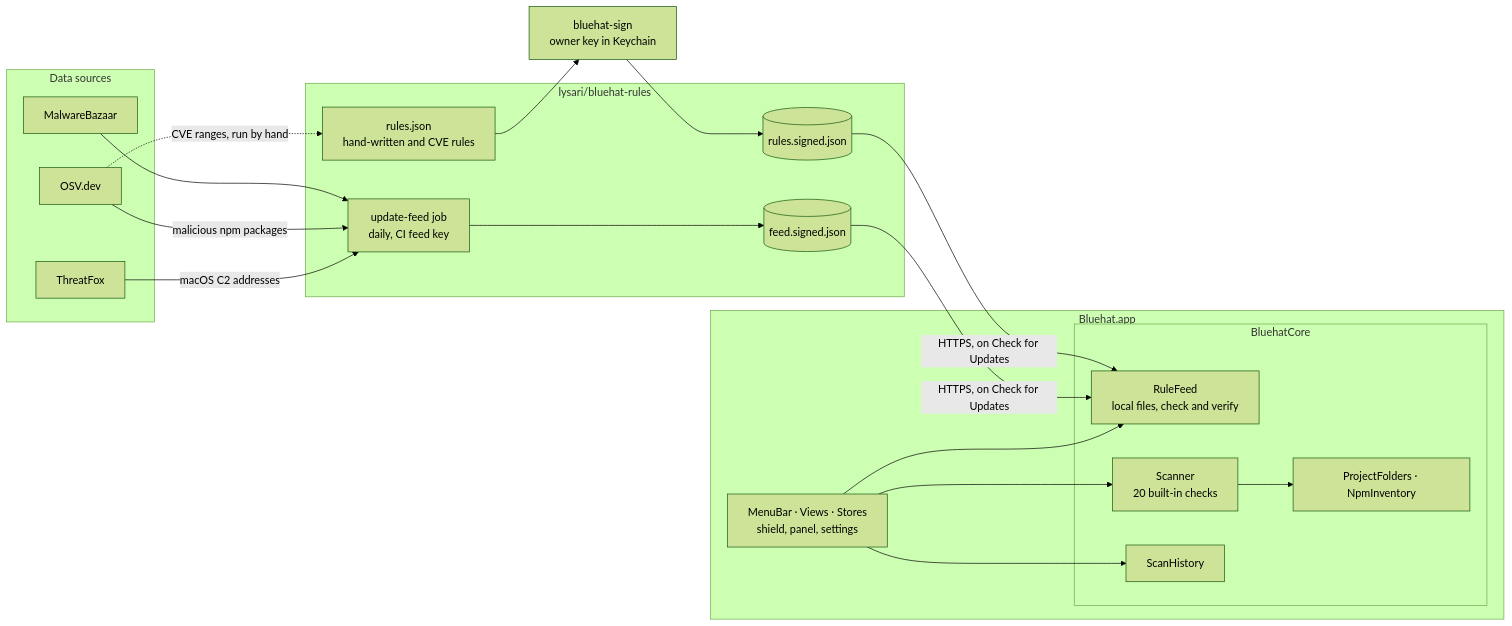
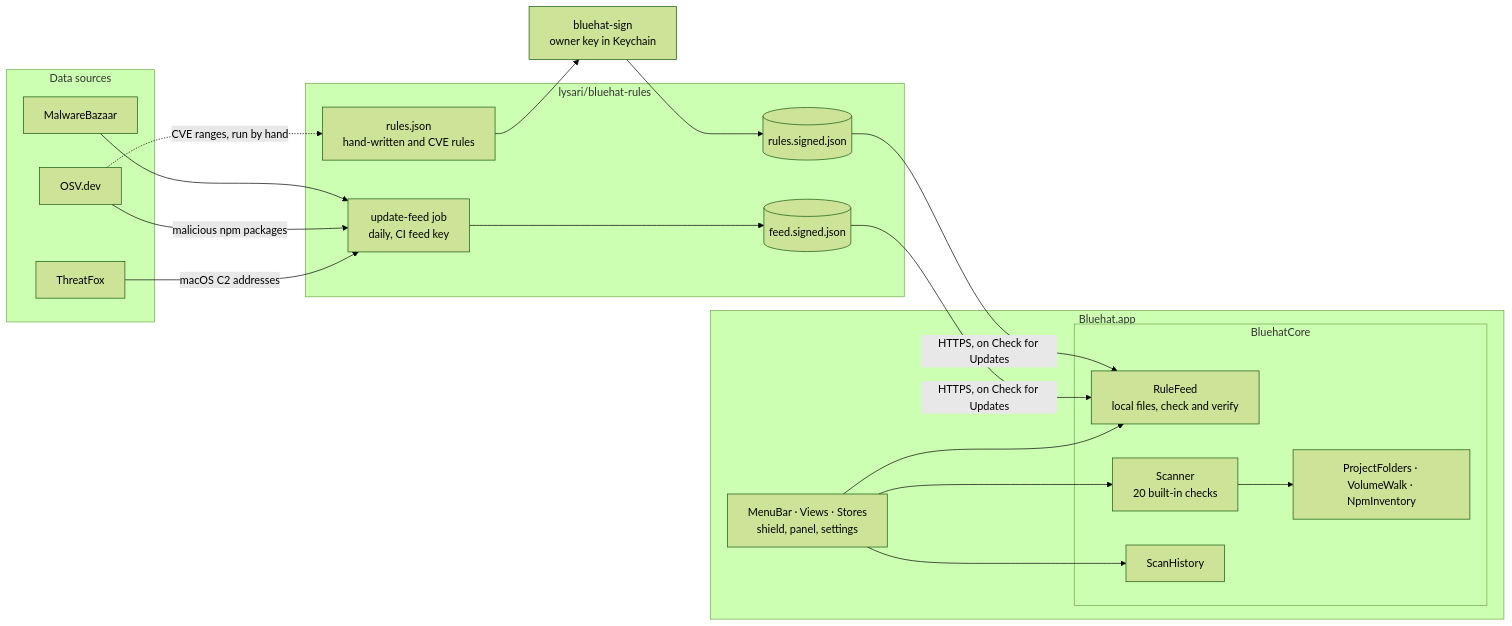
One commit to lysari/bluehat changed the diagram in README.md. Above: the diagram before and after it, drawn with Mermaid (forest theme). The commit also changed other lines of this file and 100 other files, not shown here.

````diff
--- a/README.md
+++ b/README.md
@@ -249,36 +287,36 @@
 ```mermaid
 flowchart LR
     subgraph Sources["Data sources"]
         MB["MalwareBazaar"]
         OSV["OSV.dev"]
         TF["ThreatFox"]
     end
     subgraph RulesRepo["lysari/bluehat-rules"]
         RJ["rules.json<br/>hand-written and CVE rules"]
         CI["update-feed job<br/>daily, CI feed key"]
         RS[("rules.signed.json")]
         FS[("feed.signed.json")]
     end
     Sign["bluehat-sign<br/>owner key in Keychain"]
     subgraph App["Bluehat.app"]
         UI["MenuBar · Views · Stores<br/>shield, panel, settings"]
         subgraph Core["BluehatCore"]
             Feed["RuleFeed<br/>local files, check and verify"]
             Scan["Scanner<br/>20 built-in checks"]
-            Inv["ProjectFolders · NpmInventory"]
+            Inv["ProjectFolders · VolumeWalk · NpmInventory"]
             Hist["ScanHistory"]
         end
     end
     MB --> CI
     OSV -->|malicious npm packages| CI
     TF -->|macOS C2 addresses| CI
     OSV -.->|CVE ranges, run by hand| RJ
     CI --> FS
     RJ --> Sign --> RS
     RS -->|HTTPS, on Check for Updates| Feed
     FS -->|HTTPS, on Check for Updates| Feed
     UI --> Feed
     UI --> Scan
     UI --> Hist
     Scan --> Inv
 ```
````
